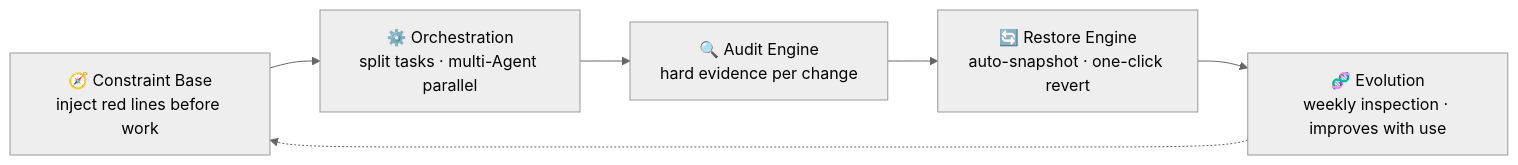
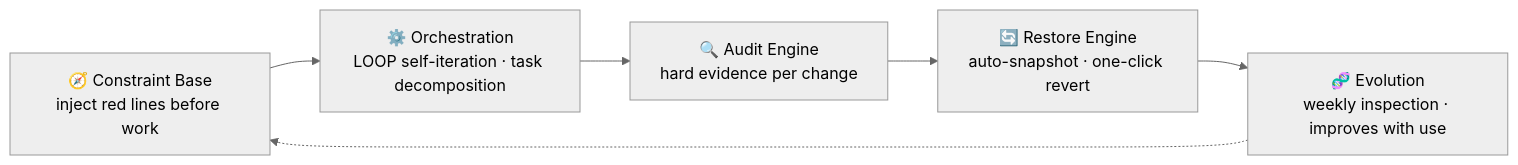
The second of 6 diagrams in README.en.md (KongFangXun/sofagent), drawn with Mermaid (neutral theme) before and after one commit. The commit also changed other lines of this file and 2 other files, not shown here.

````diff
--- a/README.en.md
+++ b/README.en.md
@@ -141,8 +141,8 @@
 ```mermaid
 flowchart LR
-    CB[🧭 Constraint Base<br/>inject red lines before work] --> OR[⚙️ Orchestration<br/>split tasks · multi-Agent parallel]
+    CB[🧭 Constraint Base<br/>inject red lines before work] --> OR[⚙️ Orchestration<br/>LOOP self-iteration · task decomposition]
     OR --> AU[🔍 Audit Engine<br/>hard evidence per change]
     AU --> RE[🔄 Restore Engine<br/>auto-snapshot · one-click revert]
     RE --> EV[🧬 Evolution<br/>weekly inspection · improves with use]
     EV -.-> CB
 ```
````
